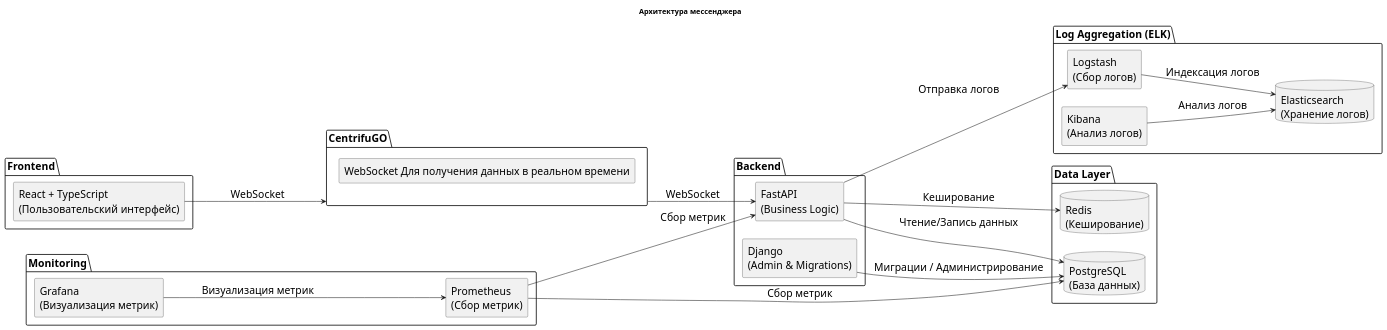
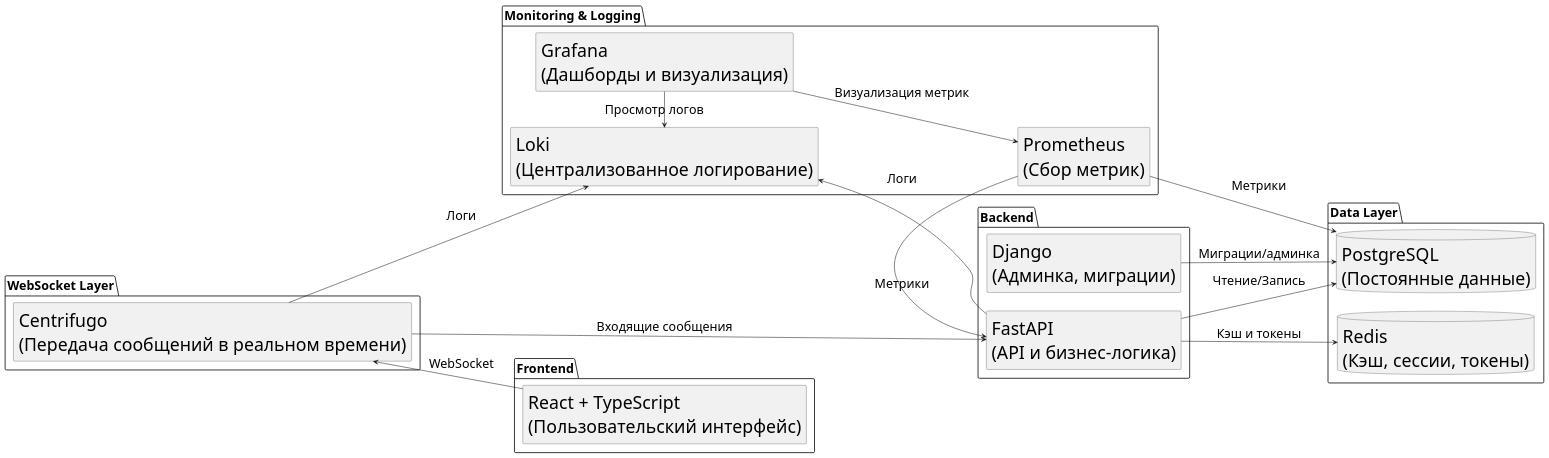
The diagram in docs/application_scheme.puml (Max2288/secure-messenger), drawn with PlantUML before and after one commit. The commit also changed 8 other files, not shown here.

Commit message:
Обновлены метрики и схемы

```diff
--- a/docs/application_scheme.puml
+++ b/docs/application_scheme.puml
@@ -1,54 +1,51 @@
 @startuml
 skinparam componentStyle rectangle
-skinparam defaultFontSize 20
-title Архитектура мессенджера
+skinparam activityDiamondFontSize 30
+skinparam activityArrowFontSize 24
+skinparam PackageFontSize 24
+skinparam ComponentFontSize 34
+skinparam DatabaseFontSize 34
+
 
 left to right direction
 
 package "Frontend" {
   [React + TypeScript\n(Пользовательский интерфейс)] as ReactTS
 }
 
-package CentrifuGO{
-    [WebSocket Для получения данных в реальном времени]
+package "WebSocket Layer" {
+  [Centrifugo\n(Передача сообщений в реальном времени)] as Centrifugo
 }
 
 package "Backend" {
-  [Django\n(Admin & Migrations)] as Django
-  [FastAPI\n(Business Logic)] as FastAPI
+  [Django\n(Админка, миграции)] as Django
+  [FastAPI\n(API и бизнес-логика)] as FastAPI
 }
 
 package "Data Layer" {
-  database "PostgreSQL\n(База данных)" as PostgreSQL
-  database "Redis\n(Кеширование)" as Redis
+  database "PostgreSQL\n(Постоянные данные)" as PostgreSQL
+  database "Redis\n(Кэш, сессии, токены)" as Redis
 }
 
-
-package "Monitoring" {
+package "Monitoring & Logging" {
   [Prometheus\n(Сбор метрик)] as Prometheus
-  [Grafana\n(Визуализация метрик)] as Grafana
+  [Grafana\n(Дашборды и визуализация)] as Grafana
+  [Loki\n(Централизованное логирование)] as Loki
 }
 
-package "Log Aggregation (ELK)" {
-  [Logstash\n(Сбор логов)] as Logstash
-  database "Elasticsearch\n(Хранение логов)" as Elasticsearch
-  [Kibana\n(Анализ логов)] as Kibana
-}
+Centrifugo <-- ReactTS : WebSocket
+Centrifugo --> FastAPI : Входящие сообщения
 
-ReactTS --> CentrifuGO : WebSocket
-CentrifuGO --> FastAPI : WebSocket
+FastAPI -> PostgreSQL : Чтение/Запись
+FastAPI -> Redis : Кэш и токены
+Django --> PostgreSQL : Миграции/админка
 
-FastAPI --> PostgreSQL : Чтение/Запись данных
-FastAPI --> Redis : Кеширование
+Prometheus -> FastAPI : Метрики
+Prometheus --> PostgreSQL : Метрики
+Grafana --> Prometheus : Визуализация метрик
+FastAPI -> Loki : Логи
 
-Django --> PostgreSQL : Миграции / Администрирование
-
-Prometheus --> FastAPI : Сбор метрик
-Prometheus --> PostgreSQL : Сбор метрик
-Grafana --> Prometheus : Визуализация метрик
-
-FastAPI --> Logstash : Отправка логов
-Logstash --> Elasticsearch : Индексация логов
-Kibana --> Elasticsearch : Анализ логов
+Centrifugo --> Loki : Логи
+Grafana -> Loki : Просмотр логов
 
 @enduml
```
